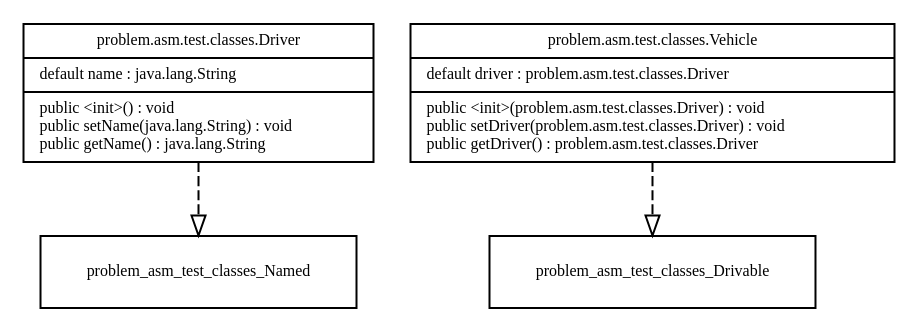
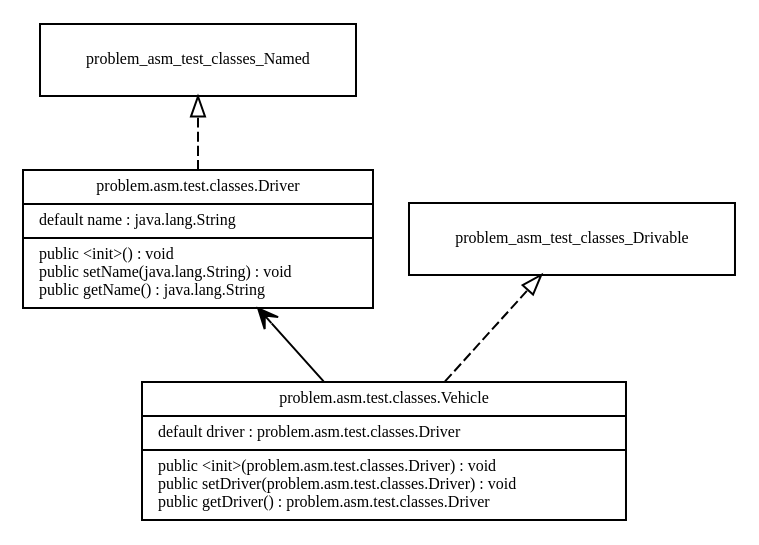
The diagram in AsmAnalyzer/testExpectedOutputs/test1.dot (Whirligig231/asm-analyzer), drawn with Graphviz before and after one commit. The commit also changed 4 other files, not shown here.

Commit message:
Updated tests to milestone 2, added PizzaFactory generated UML

```diff
--- a/AsmAnalyzer/testExpectedOutputs/test1.dot
+++ b/AsmAnalyzer/testExpectedOutputs/test1.dot
@@ -1,28 +1,35 @@
 digraph G {
+rankdir=BT;
+
 node [
 fontname = "Bitstream Vera Sans"
 fontsize = 8
 shape = "record"
 ]
 edge [
 fontname = "Bitstream Vera Sans"
 fontsize = 8
 ]
 
 problem_asm_test_classes_Driver [
 	label = "{problem.asm.test.classes.Driver|default name : java.lang.String\l|public \<init\>() : void\lpublic setName(java.lang.String) : void\lpublic getName() : java.lang.String\l}"
 ]
 edge [
 	arrowhead = "empty"
 	style = "dashed"
 ]
 problem_asm_test_classes_Driver -> problem_asm_test_classes_Named
 problem_asm_test_classes_Vehicle [
 	label = "{problem.asm.test.classes.Vehicle|default driver : problem.asm.test.classes.Driver\l|public \<init\>(problem.asm.test.classes.Driver) : void\lpublic setDriver(problem.asm.test.classes.Driver) : void\lpublic getDriver() : problem.asm.test.classes.Driver\l}"
 ]
 edge [
 	arrowhead = "empty"
 	style = "dashed"
 ]
 problem_asm_test_classes_Vehicle -> problem_asm_test_classes_Drivable
+edge [
+	arrowhead = "vee"
+	style = "solid"
+]
+problem_asm_test_classes_Vehicle -> problem_asm_test_classes_Driver
 }
```
